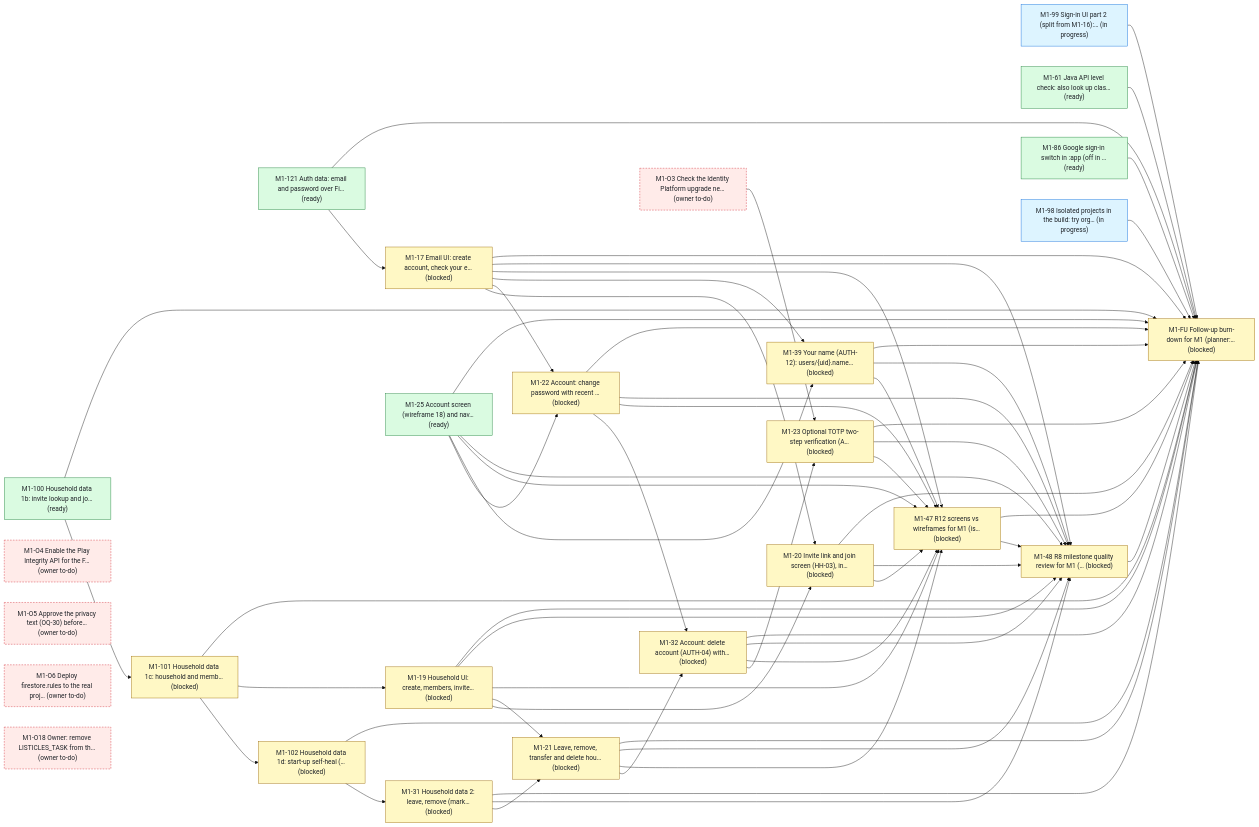
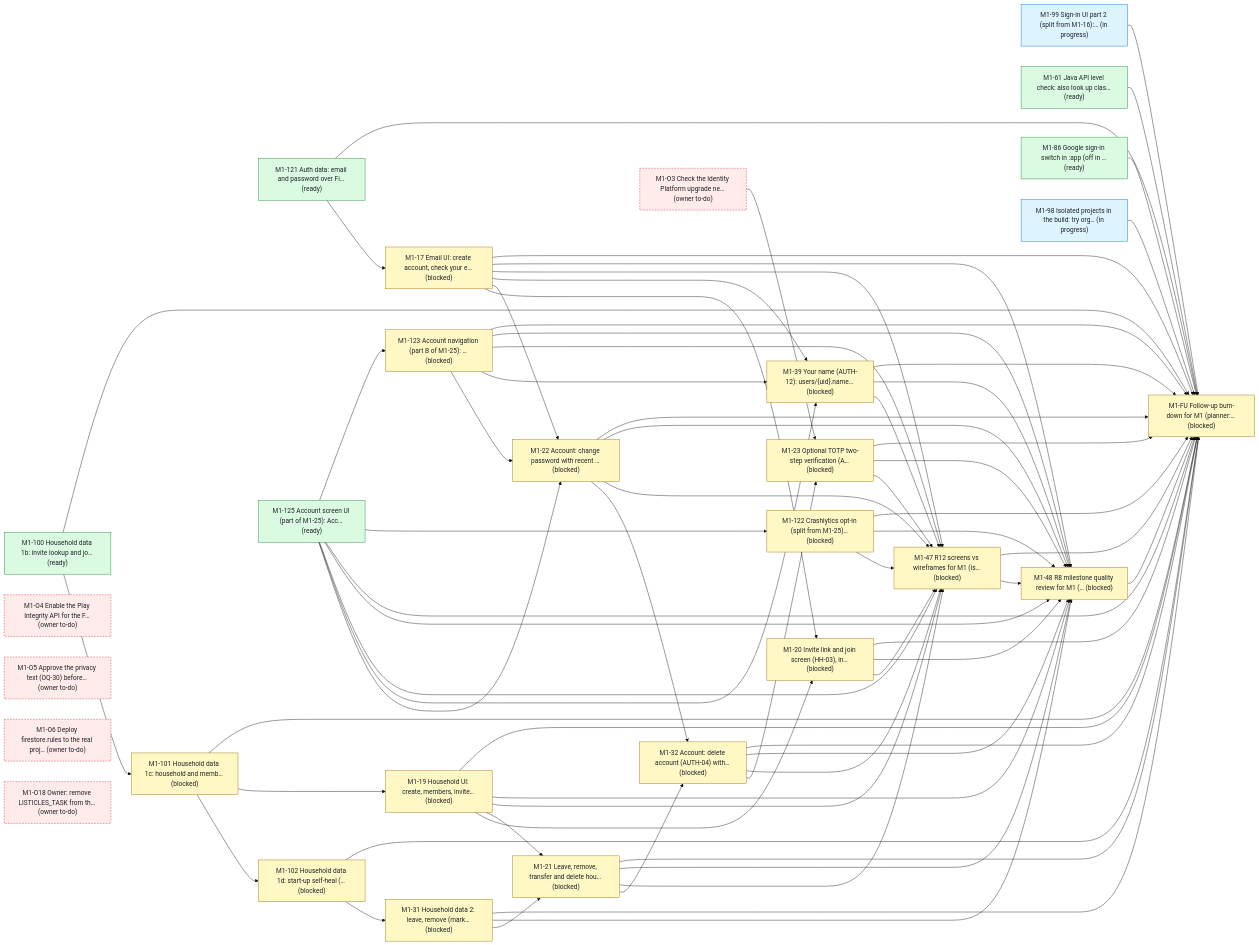
The first of 4 diagrams in status.md (bondo/listicles2), drawn with Mermaid (base theme) before and after one commit. The commit also changed other lines of this file and 3 other files, not shown here.

```diff
--- a/status.md
+++ b/status.md
@@ -260,19 +263,21 @@
     n10["M1-22 Account: change password with recent … (blocked)"]:::blocked
     n11["M1-32 Account: delete account (AUTH-04) with… (blocked)"]:::blocked
     n12["M1-23 Optional TOTP two-step verification (A… (blocked)"]:::blocked
-    n13["M1-25 Account screen (wireframe 18) and nav… (ready)"]:::ready
-    n14["M1-61 Java API level check: also look up clas… (ready)"]:::ready
-    n15["M1-39 Your name (AUTH-12): users/{uid}.name… (blocked)"]:::blocked
-    n16["M1-47 R12 screens vs wireframes for M1 (is… (blocked)"]:::blocked
-    n17["M1-48 R8 milestone quality review for M1 (… (blocked)"]:::blocked
-    n18["M1-FU Follow-up burn-down for M1 (planner:… (blocked)"]:::blocked
-    n19["M1-O3 Check the Identity Platform upgrade ne… (owner to-do)"]:::owner
-    n20["M1-O4 Enable the Play Integrity API for the F… (owner to-do)"]:::owner
-    n21["M1-O5 Approve the privacy text (OQ-30) before… (owner to-do)"]:::owner
-    n22["M1-O6 Deploy firestore.rules to the real proj… (owner to-do)"]:::owner
-    n23["M1-86 Google sign-in switch in :app (off in … (ready)"]:::ready
-    n24["M1-98 Isolated projects in the build: try org… (in progress)"]:::progress
-    n25["M1-O18 Owner: remove LISTICLES_TASK from th… (owner to-do)"]:::owner
+    n13["M1-61 Java API level check: also look up clas… (ready)"]:::ready
+    n14["M1-39 Your name (AUTH-12): users/{uid}.name… (blocked)"]:::blocked
+    n15["M1-47 R12 screens vs wireframes for M1 (is… (blocked)"]:::blocked
+    n16["M1-48 R8 milestone quality review for M1 (… (blocked)"]:::blocked
+    n17["M1-FU Follow-up burn-down for M1 (planner:… (blocked)"]:::blocked
+    n18["M1-O3 Check the Identity Platform upgrade ne… (owner to-do)"]:::owner
+    n19["M1-O4 Enable the Play Integrity API for the F… (owner to-do)"]:::owner
+    n20["M1-O5 Approve the privacy text (OQ-30) before… (owner to-do)"]:::owner
+    n21["M1-O6 Deploy firestore.rules to the real proj… (owner to-do)"]:::owner
+    n22["M1-86 Google sign-in switch in :app (off in … (ready)"]:::ready
+    n23["M1-98 Isolated projects in the build: try org… (in progress)"]:::progress
+    n24["M1-O18 Owner: remove LISTICLES_TASK from th… (owner to-do)"]:::owner
+    n25["M1-122 Crashlytics opt-in (split from M1-25)… (blocked)"]:::blocked
+    n26["M1-123 Account navigation (part B of M1-25): … (blocked)"]:::blocked
+    n27["M1-125 Account screen UI (part of M1-25): Acc… (ready)"]:::ready
     n0 --> n2
     n3 --> n4
     n4 --> n5
@@ -283,53 +288,63 @@
     n7 --> n9
     n6 --> n9
     n2 --> n10
-    n13 --> n10
+    n27 --> n10
+    n26 --> n10
     n10 --> n11
     n9 --> n11
     n11 --> n12
-    n19 --> n12
+    n18 --> n12
+    n2 --> n14
+    n27 --> n14
+    n26 --> n14
     n2 --> n15
-    n13 --> n15
+    n7 --> n15
+    n8 --> n15
+    n9 --> n15
+    n10 --> n15
+    n12 --> n15
+    n25 --> n15
+    n26 --> n15
+    n27 --> n15
+    n11 --> n15
+    n14 --> n15
     n2 --> n16
     n7 --> n16
     n8 --> n16
     n9 --> n16
     n10 --> n16
     n12 --> n16
-    n13 --> n16
+    n25 --> n16
+    n26 --> n16
+    n27 --> n16
+    n6 --> n16
     n11 --> n16
+    n14 --> n16
     n15 --> n16
+    n25 --> n17
+    n26 --> n17
+    n27 --> n17
+    n23 --> n17
+    n1 --> n17
+    n0 --> n17
     n2 --> n17
     n7 --> n17
     n8 --> n17
     n9 --> n17
     n10 --> n17
     n12 --> n17
-    n13 --> n17
     n6 --> n17
     n11 --> n17
+    n14 --> n17
     n15 --> n17
     n16 --> n17
-    n24 --> n18
-    n1 --> n18
-    n0 --> n18
-    n2 --> n18
-    n7 --> n18
-    n8 --> n18
-    n9 --> n18
-    n10 --> n18
-    n12 --> n18
-    n13 --> n18
-    n6 --> n18
-    n11 --> n18
-    n15 --> n18
-    n16 --> n18
-    n17 --> n18
-    n14 --> n18
-    n23 --> n18
-    n3 --> n18
-    n4 --> n18
-    n5 --> n18
+    n13 --> n17
+    n22 --> n17
+    n3 --> n17
+    n4 --> n17
+    n5 --> n17
+    n27 --> n25
+    n27 --> n26
     classDef ready fill:#dafbe1,stroke:#1a7f37,color:#1f2328
     classDef progress fill:#ddf4ff,stroke:#0969da,color:#1f2328
     classDef blocked fill:#fff8c5,stroke:#9a6700,color:#1f2328
```
